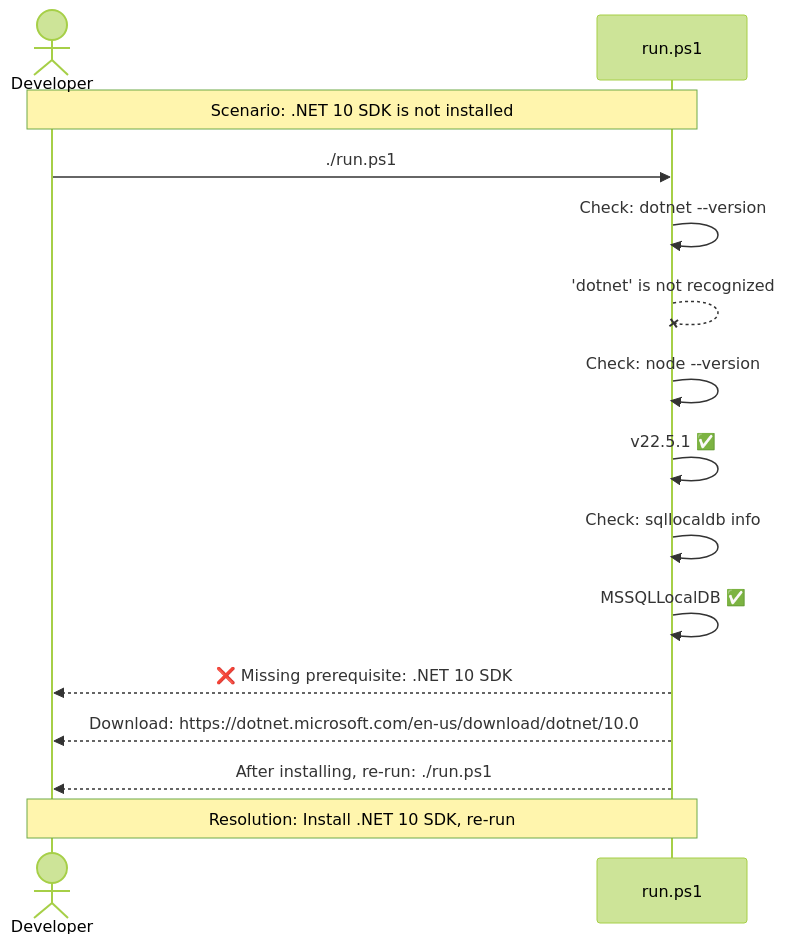
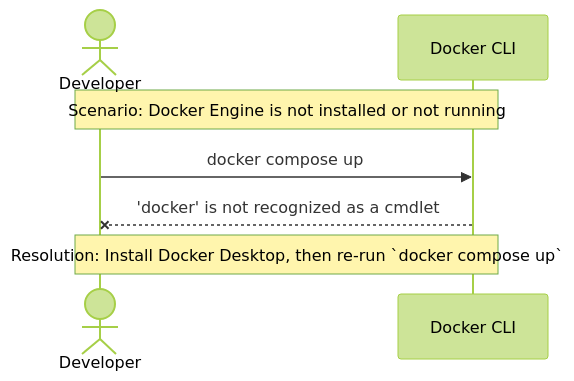
One commit to tumuchcoffee/icm-coding-workflow changed the sixth of 7 diagrams in feature-workspace/v0.1.2/02-architecture/output/sequence-diagrams.md. Above: the diagram before and after it, drawn with Mermaid (forest theme). The commit also changed other lines of this file and 32 other files, not shown here.

````diff
--- a/feature-workspace/v0.1.2/02-architecture/output/sequence-diagrams.md
+++ b/feature-workspace/v0.1.2/02-architecture/output/sequence-diagrams.md
@@ -198,24 +197,13 @@
 ```mermaid
 sequenceDiagram
     actor Dev as Developer
-    participant Script as run.ps1
+    participant Docker as Docker CLI
 
-    Note over Dev,Script: Scenario: .NET 10 SDK is not installed
+    Note over Dev,Docker: Scenario: Docker Engine is not installed or not running
 
-    Dev->>Script: ./run.ps1
+    Dev->>Docker: docker compose up
 
-    Script->>Script: Check: dotnet --version
-    Script--xScript: 'dotnet' is not recognized
+    Docker--xDev: 'docker' is not recognized as a cmdlet
 
-    Script->>Script: Check: node --version
-    Script->>Script: v22.5.1 ✅
-
-    Script->>Script: Check: sqllocaldb info
-    Script->>Script: MSSQLLocalDB ✅
-
-    Script-->>Dev: ❌ Missing prerequisite: .NET 10 SDK
-    Script-->>Dev: Download: https://dotnet.microsoft.com/en-us/download/dotnet/10.0
-    Script-->>Dev: After installing, re-run: ./run.ps1
-
-    Note over Dev,Script: Resolution: Install .NET 10 SDK, re-run
+    Note over Dev,Docker: Resolution: Install Docker Desktop, then re-run `docker compose up`
 ```
````
